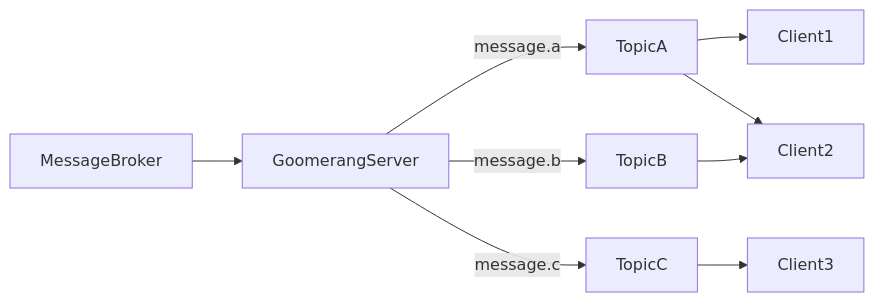
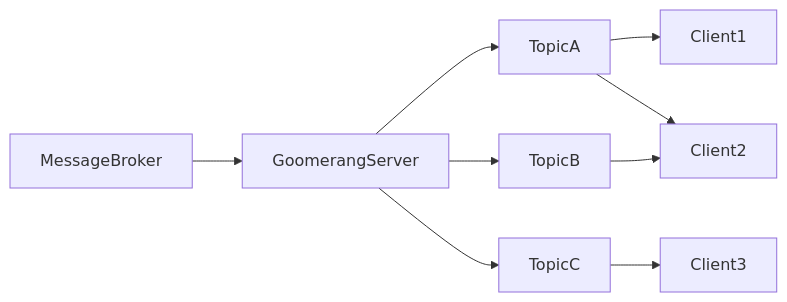
Before and after one commit to eloylp/goomerang: the fourth of 6 diagrams in README.md, drawn with Mermaid.

Commit message:
Remove graph bad indications

````diff
--- a/README.md
+++ b/README.md
@@ -462,11 +462,11 @@
 ```mermaid
 graph LR;
 MessageBroker-->GoomerangServer;
-GoomerangServer--message.a-->TopicA;
-GoomerangServer--message.b-->TopicB;
-GoomerangServer--message.c-->TopicC;
+GoomerangServer-->TopicA;
+GoomerangServer-->TopicB;
+GoomerangServer-->TopicC;
 TopicA-->Client1;
 TopicA-->Client2;
 TopicB-->Client2;
 TopicC-->Client3;
 ```
````
